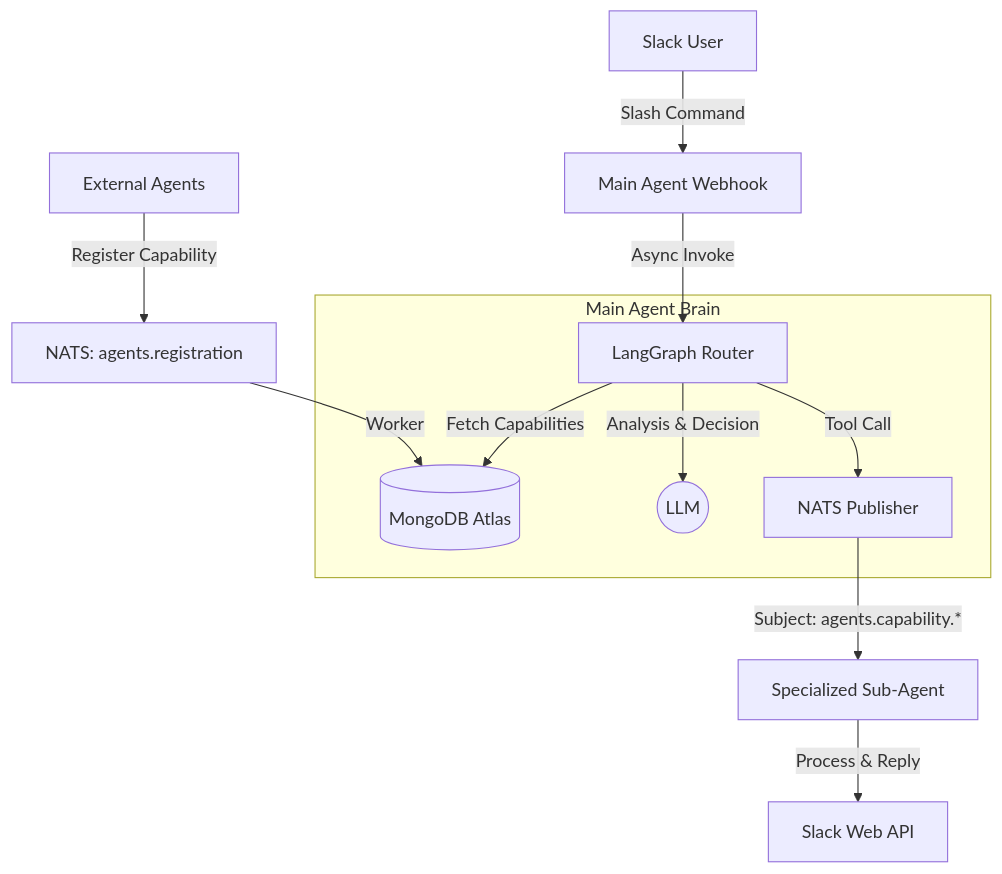
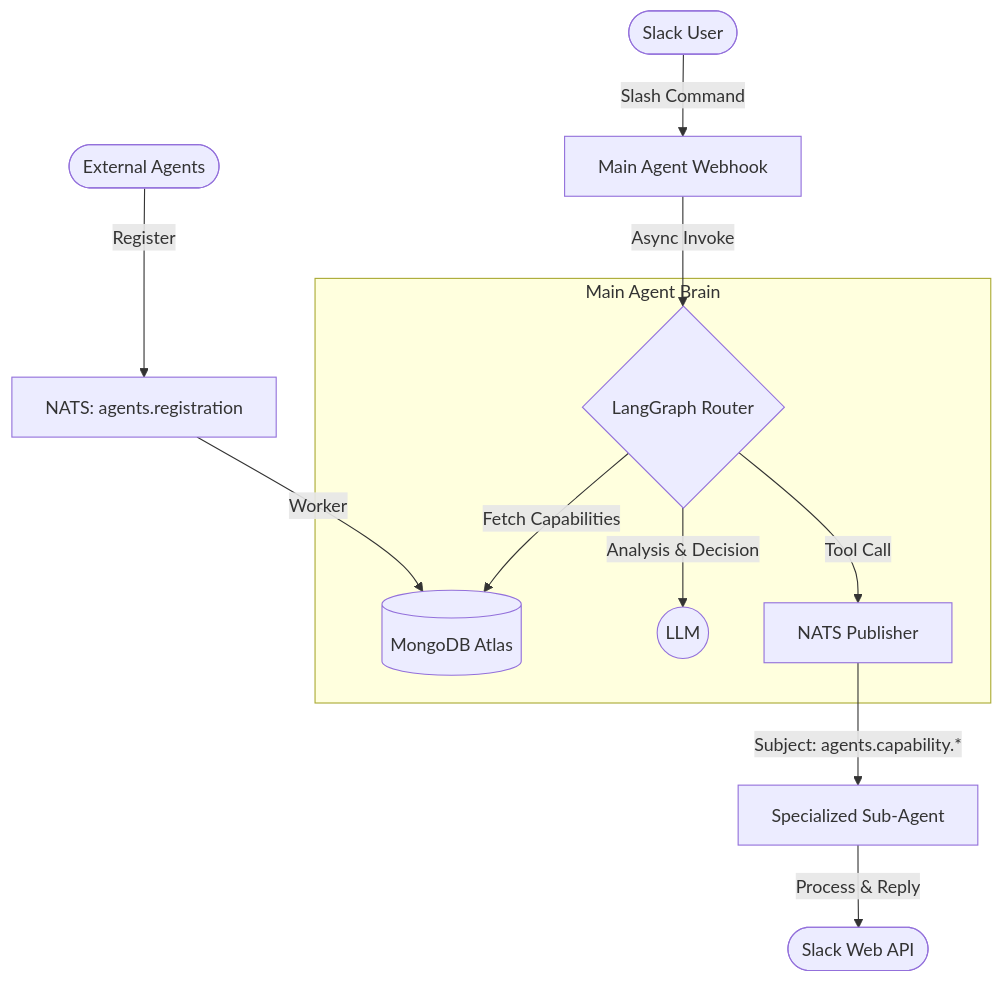
The diagram in README.md (extra-safe/agent-workshop), drawn with Mermaid before and after one commit. The commit also changed 2 other files, not shown here.

Commit message:
fix: docker entrypoint

````diff
--- a/README.md
+++ b/README.md
@@ -11,17 +11,17 @@
 ```mermaid
-graph TD
-    User["Slack User"] -->|Slash Command| Webhook["Main Agent Webhook"]
-    Webhook -->|Async Invoke| Router["LangGraph Router"]
+flowchart TD
+    User([Slack User]) -->|"Slash Command"| Webhook[Main Agent Webhook]
+    Webhook -->|"Async Invoke"| Router{LangGraph Router}
     
-    subgraph Core [Main Agent Brain]
-        Router -->|Fetch Capabilities| Mongo[(MongoDB Atlas)]
-        Router -->|Analysis & Decision| LLM((LLM))
-        Router -->|Tool Call| NATSPub["NATS Publisher"]
+    subgraph MainAgent [Main Agent Brain]
+        Router -->|"Fetch Capabilities"| Mongo[(MongoDB Atlas)]
+        Router -->|"Analysis & Decision"| LLM((LLM))
+        Router -->|"Tool Call"| NATSPub[NATS Publisher]
     end
     
-    NATSPub -->|Subject: agents.capability.*| SubAgent["Specialized Sub-Agent"]
-    SubAgent -->|Process & Reply| SlackAPI["Slack Web API"]
+    NATSPub -->|"Subject: agents.capability.*"| SubAgent[Specialized Sub-Agent]
+    SubAgent -->|"Process & Reply"| SlackAPI([Slack Web API])
     
-    OtherAgents["External Agents"] -->|Register Capability| NATSReg["NATS: agents.registration"]
-    NATSReg -->|Worker| Mongo
+    OtherAgents([External Agents]) -->|"Register"| NATSReg[NATS: agents.registration]
+    NATSReg -->|"Worker"| Mongo
 ```
````
